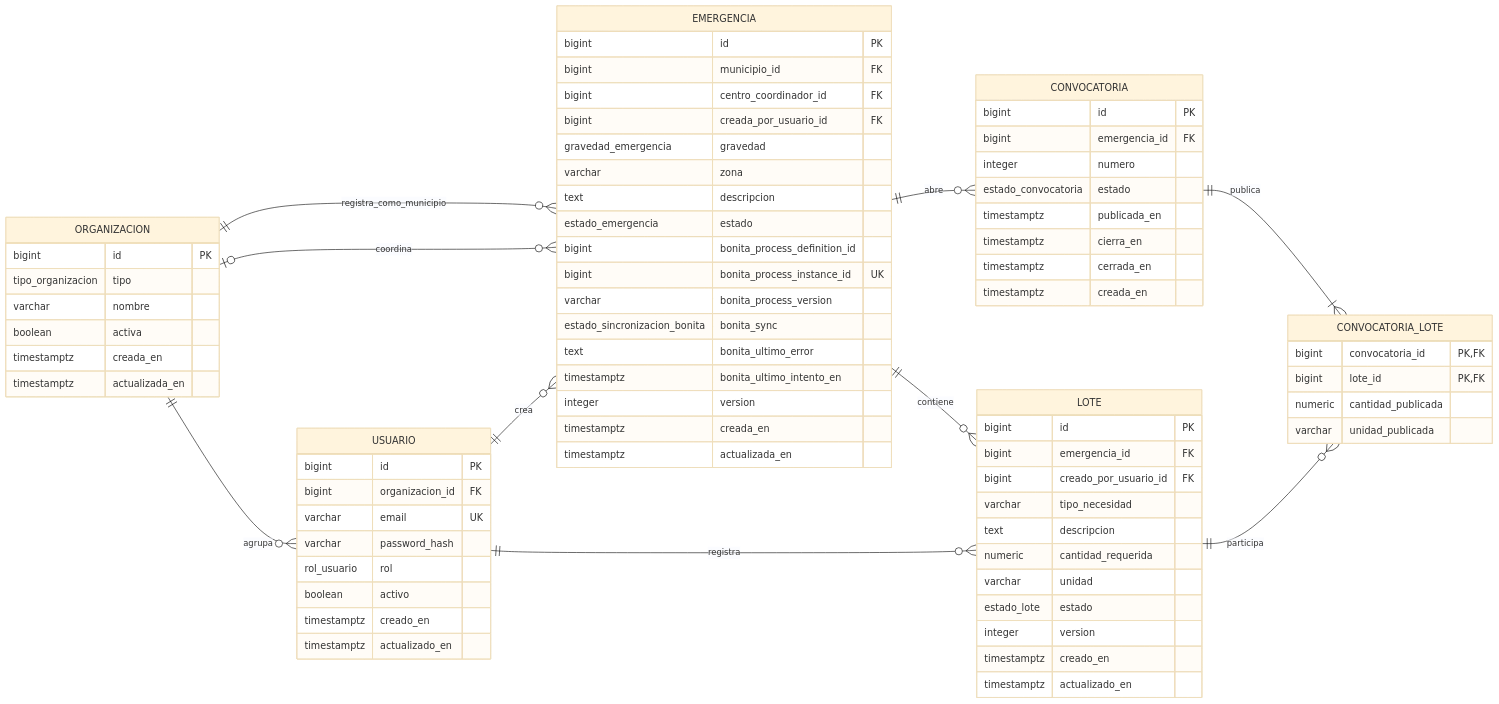
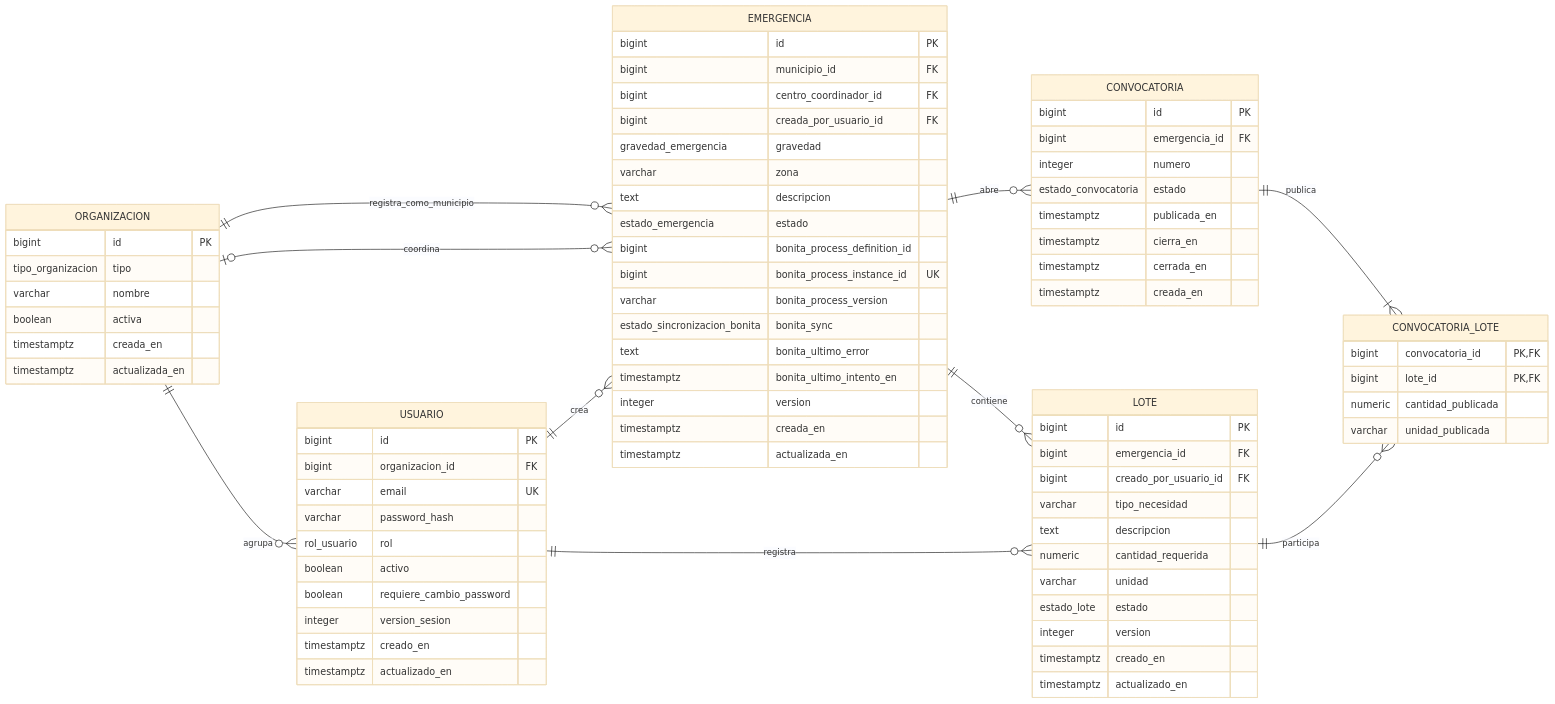
The second of 3 diagrams in docs/modelo-base-datos-rescuesync.md (neftalito/RescueSync), drawn with Mermaid (base theme) before and after one commit. The commit also changed other lines of this file and 141 other files, not shown here.

```diff
--- a/docs/modelo-base-datos-rescuesync.md
+++ b/docs/modelo-base-datos-rescuesync.md
@@ -228,6 +244,8 @@
         varchar password_hash
         rol_usuario rol
         boolean activo
+        boolean requiere_cambio_password
+        integer version_sesion
         timestamptz creado_en
         timestamptz actualizado_en
     }
```
